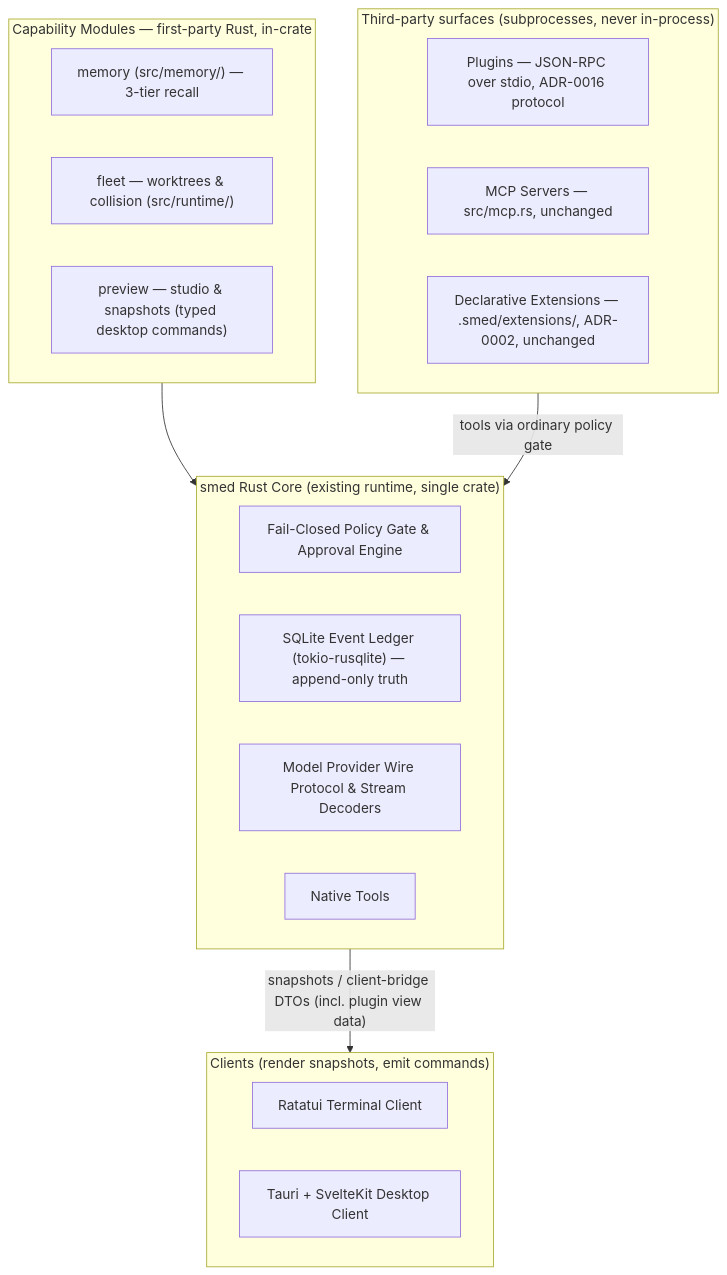
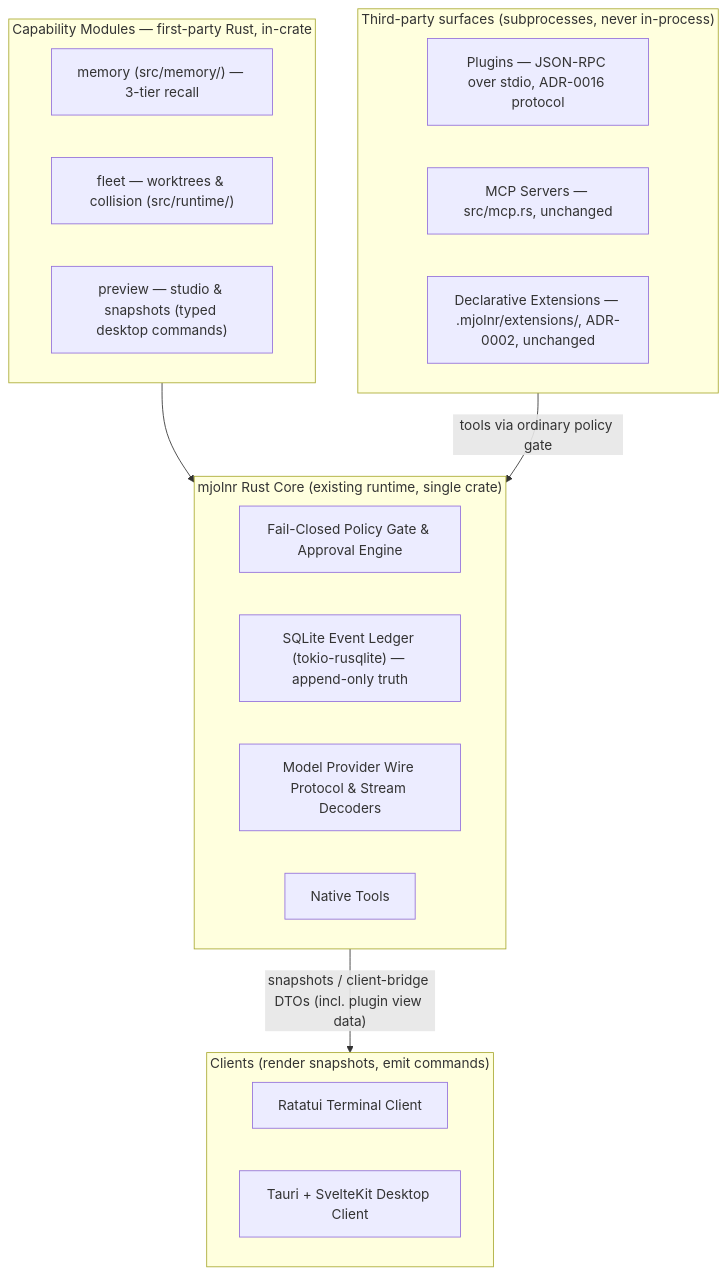
Before and after one commit to jerrikchr/mjolnr: the first of 3 diagrams in docs/master-implementation-plan.md, drawn with Mermaid. The commit also changed other lines of this file and 294 other files, not shown here.

First line of the commit message:
Complete full codebase rename from smed to mjolnr

````diff
--- a/docs/master-implementation-plan.md
+++ b/docs/master-implementation-plan.md
@@ -19,30 +19,30 @@
 ```mermaid
 flowchart TB
-    subgraph Core ["smed Rust Core (existing runtime, single crate)"]
+    subgraph Core ["mjolnr Rust Core (existing runtime, single crate)"]
         K1["Fail-Closed Policy Gate & Approval Engine"]
         K2["SQLite Event Ledger (tokio-rusqlite) — append-only truth"]
         K3["Model Provider Wire Protocol & Stream Decoders"]
         K4["Native Tools"]
     end
 
     subgraph Modules ["Capability Modules — first-party Rust, in-crate"]
         M1["memory (src/memory/) — 3-tier recall"]
         M2["fleet — worktrees & collision (src/runtime/)"]
         M3["preview — studio & snapshots (typed desktop commands)"]
     end
 
     subgraph External ["Third-party surfaces (subprocesses, never in-process)"]
         E1["Plugins — JSON-RPC over stdio, ADR-0016 protocol"]
         E2["MCP Servers — src/mcp.rs, unchanged"]
-        E3["Declarative Extensions — .smed/extensions/, ADR-0002, unchanged"]
+        E3["Declarative Extensions — .mjolnr/extensions/, ADR-0002, unchanged"]
     end
 
     subgraph Surfaces ["Clients (render snapshots, emit commands)"]
         TUI["Ratatui Terminal Client"]
         Desktop["Tauri + SvelteKit Desktop Client"]
     end
 
     Modules --> Core
     External -->|"tools via ordinary policy gate"| Core
     Core -->|"snapshots / client-bridge DTOs (incl. plugin view data)"| Surfaces
 ```
````
